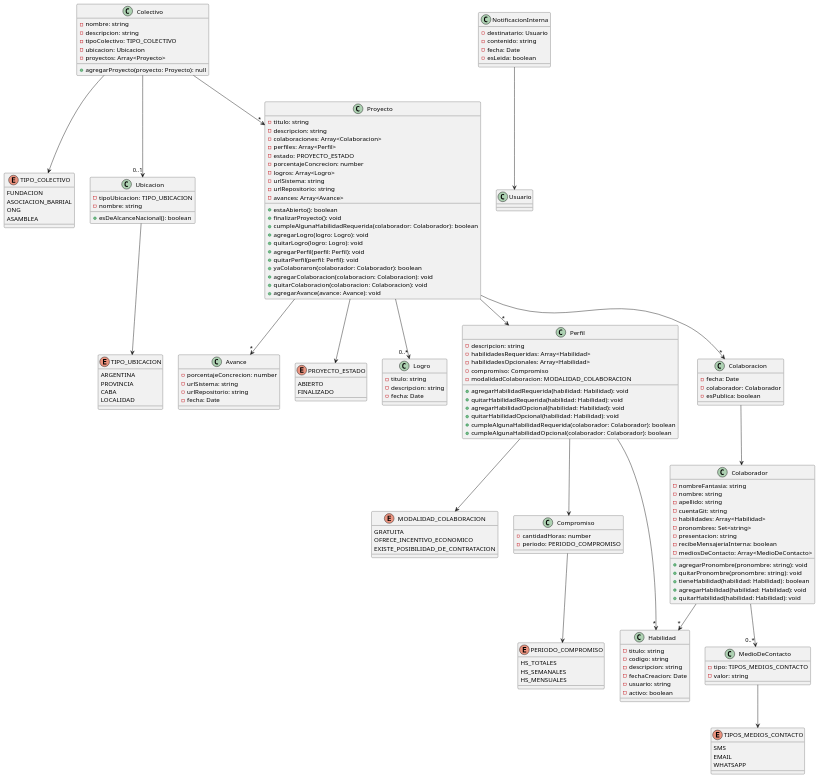
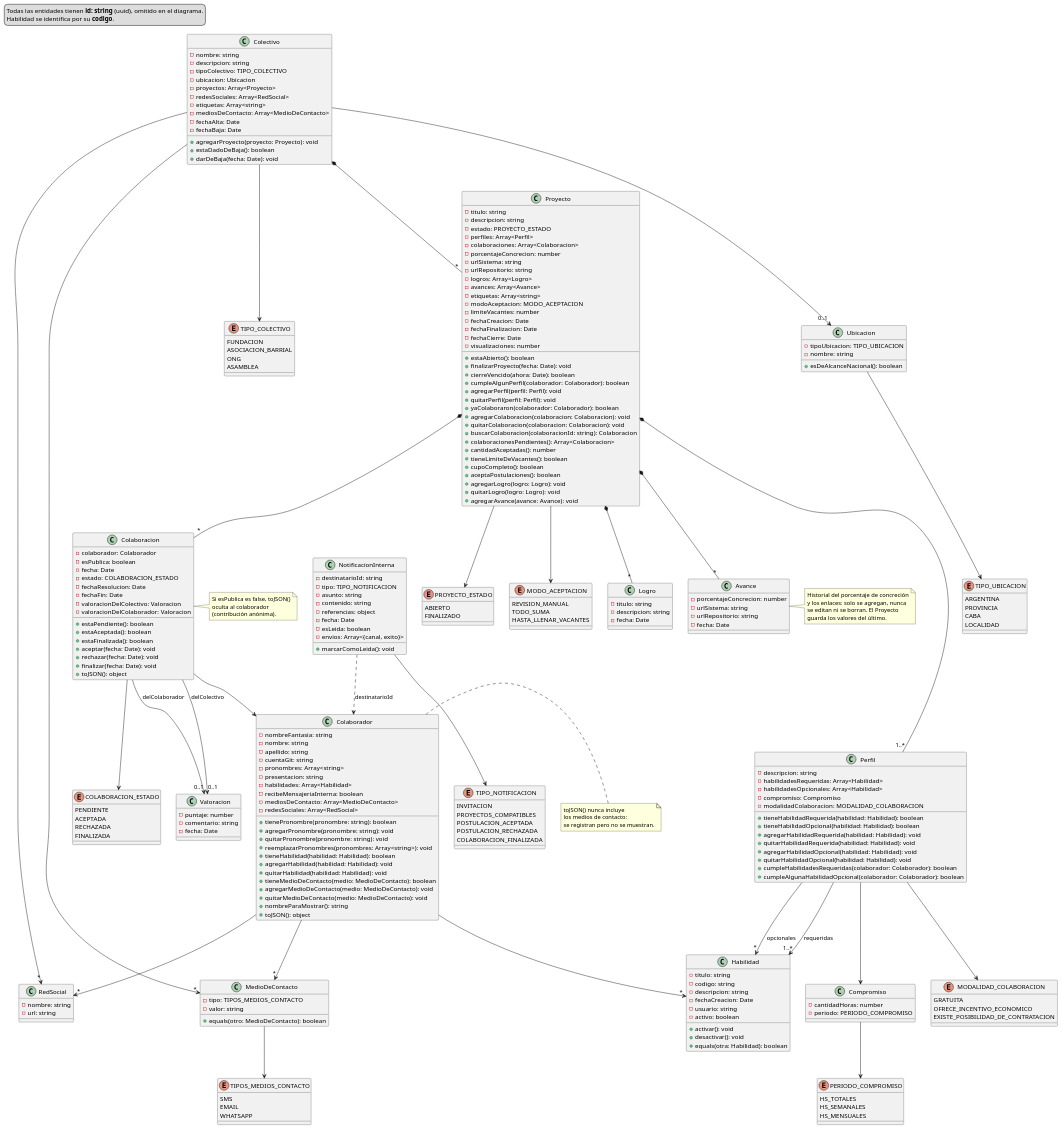
Before and after one commit to Mazzini123/tp-desarrollo-2c-2026: the diagram in diagrama_clases/diagrama_clases.puml, drawn with PlantUML. The commit also changed 1 other file, not shown here.

Commit message:
docs(diagrama): diagrama de clases de la segunda entrega
El .puml y el .png quedan al dia con el dominio:

- Colectivo: redes sociales, etiquetas, medios de contacto publicos, alta y
  baja (darDeBaja, estaDadoDeBaja).
- Proyecto: modo de aceptacion, limite de vacantes, fechas de creacion,
  finalizacion y cierre, visualizaciones, etiquetas, avances y los metodos
  de postulaciones (cupoCompleto, aceptaPostulaciones, etc.).
- Avance, Valoracion y RedSocial, que no estaban.
- Colaboracion: estado, fechas de resolucion y fin, valoraciones mutuas.
- Colaborador: redes sociales y metodos de medios de contacto.
- NotificacionInterna con sus campos reales; sale la clase Usuario, que
  todavia no existe (llega con la autenticacion de la tercera entrega).
- Enums nuevos: MODO_ACEPTACION, COLABORACION_ESTADO, TIPO_NOTIFICACION.
- Composicion (rombo lleno) de Colectivo a Proyecto y de Proyecto a sus
  partes: viven embebidas en el documento del colectivo.

El .png se regenero desde el .puml (PlantUML, layout smetana), asi que
ahora coinciden.

```diff
--- a/diagrama_clases/diagrama_clases.puml
+++ b/diagrama_clases/diagrama_clases.puml
@@ -1,4 +1,15 @@
 @startuml
+
+' Todas las entidades (Colectivo, Proyecto, Perfil, Colaboracion, Logro,
+' Avance, Colaborador, NotificacionInterna) tienen un id: string (uuid) que
+' se omite para no repetirlo en cada clase. Habilidad se identifica por su
+' codigo. Ubicacion, Compromiso, MedioDeContacto, RedSocial y Valoracion son
+' objetos de valor: no tienen id.
+
+legend top left
+  Todas las entidades tienen <b>id: string</b> (uuid), omitido en el diagrama.
+  Habilidad se identifica por su <b>codigo</b>.
+endlegend
 
 ' ───────────────────────── Colectivo y Ubicación ─────────────────────────
 
@@ -8,8 +19,15 @@
   -tipoColectivo: TIPO_COLECTIVO
   -ubicacion: Ubicacion
   -proyectos: Array<Proyecto>
+  -redesSociales: Array<RedSocial>
+  -etiquetas: Array<string>
+  -mediosDeContacto: Array<MedioDeContacto>
+  -fechaAlta: Date
+  -fechaBaja: Date
 
-  +agregarProyecto(proyecto: Proyecto): null
+  +agregarProyecto(proyecto: Proyecto): void
+  +estaDadoDeBaja(): boolean
+  +darDeBaja(fecha: Date): void
 }
 
 enum TIPO_COLECTIVO {
@@ -33,36 +51,74 @@
   LOCALIDAD
 }
 
+class RedSocial {
+  -nombre: string
+  -url: string
+}
+
 Colectivo --> TIPO_COLECTIVO
-Colectivo --> "*" Proyecto
+Colectivo *-- "*" Proyecto
 Colectivo --> "0..1" Ubicacion
+Colectivo --> "*" RedSocial
+Colectivo --> "*" MedioDeContacto
 Ubicacion --> TIPO_UBICACION
 
-' ───────────────────────── Proyecto y Compromiso ─────────────────────────
+' ───────────────────────── Proyecto, logros y avances ─────────────────────────
 
 class Proyecto {
   -titulo: string
   -descripcion: string
+  -estado: PROYECTO_ESTADO
+  -perfiles: Array<Perfil>
   -colaboraciones: Array<Colaboracion>
-  -perfiles: Array<Perfil>
-  -estado: PROYECTO_ESTADO
   -porcentajeConcrecion: number
-  -logros: Array<Logro>
   -urlSistema: string
   -urlRepositorio: string
+  -logros: Array<Logro>
   -avances: Array<Avance>
+  -etiquetas: Array<string>
+  -modoAceptacion: MODO_ACEPTACION
+  -limiteVacantes: number
+  -fechaCreacion: Date
+  -fechaFinalizacion: Date
+  -fechaCierre: Date
+  -visualizaciones: number
 
   +estaAbierto(): boolean
-  +finalizarProyecto(): void
-  +cumpleAlgunaHabilidadRequerida(colaborador: Colaborador): boolean
-  +agregarLogro(logro: Logro): void
-  +quitarLogro(logro: Logro): void
+  +finalizarProyecto(fecha: Date): void
+  +cierreVencido(ahora: Date): boolean
+  +cumpleAlgunPerfil(colaborador: Colaborador): boolean
   +agregarPerfil(perfil: Perfil): void
   +quitarPerfil(perfil: Perfil): void
   +yaColaboraron(colaborador: Colaborador): boolean
   +agregarColaboracion(colaboracion: Colaboracion): void
   +quitarColaboracion(colaboracion: Colaboracion): void
+  +buscarColaboracion(colaboracionId: string): Colaboracion
+  +colaboracionesPendientes(): Array<Colaboracion>
+  +cantidadAceptadas(): number
+  +tieneLimiteDeVacantes(): boolean
+  +cupoCompleto(): boolean
+  +aceptaPostulaciones(): boolean
+  +agregarLogro(logro: Logro): void
+  +quitarLogro(logro: Logro): void
   +agregarAvance(avance: Avance): void
+}
+
+enum PROYECTO_ESTADO {
+  ABIERTO
+  FINALIZADO
+}
+
+enum MODO_ACEPTACION {
+  REVISION_MANUAL
+  TODO_SUMA
+  HASTA_LLENAR_VACANTES
+}
+
+class Logro {
+  -titulo: string
+  -descripcion: string
+  -fecha: Date
 }
 
 class Avance {
@@ -72,24 +128,37 @@
   -fecha: Date
 }
 
-Proyecto --> "*" Avance
+note right of Avance
+  Historial del porcentaje de concreción
+  y los enlaces: solo se agregan, nunca
+  se editan ni se borran. El Proyecto
+  guarda los valores del último.
+end note
 
-enum PROYECTO_ESTADO {
-  ABIERTO
-  FINALIZADO
-}
+Proyecto --> PROYECTO_ESTADO
+Proyecto --> MODO_ACEPTACION
+Proyecto *-- "1..*" Perfil
+Proyecto *-- "*" Colaboracion
+Proyecto *-- "*" Logro
+Proyecto *-- "*" Avance
 
-enum MODALIDAD_COLABORACION {
-  GRATUITA
-  OFRECE_INCENTIVO_ECONOMICO
-  EXISTE_POSIBILIDAD_DE_CONTRATACION
-}
+' ───────────────────────── Perfil y Compromiso ─────────────────────────
 
-class Logro {
-  -titulo: string
+class Perfil {
   -descripcion: string
-  -fecha: Date
+  -habilidadesRequeridas: Array<Habilidad>
+  -habilidadesOpcionales: Array<Habilidad>
+  -compromiso: Compromiso
+  -modalidadColaboracion: MODALIDAD_COLABORACION
 
+  +tieneHabilidadRequerida(habilidad: Habilidad): boolean
+  +tieneHabilidadOpcional(habilidad: Habilidad): boolean
+  +agregarHabilidadRequerida(habilidad: Habilidad): void
+  +quitarHabilidadRequerida(habilidad: Habilidad): void
+  +agregarHabilidadOpcional(habilidad: Habilidad): void
+  +quitarHabilidadOpcional(habilidad: Habilidad): void
+  +cumpleHabilidadesRequeridas(colaborador: Colaborador): boolean
+  +cumpleAlgunaHabilidadOpcional(colaborador: Colaborador): boolean
 }
 
 class Compromiso {
@@ -103,28 +172,10 @@
   HS_MENSUALES
 }
 
-Proyecto --> PROYECTO_ESTADO
-Perfil --> Compromiso
-Perfil--> MODALIDAD_COLABORACION
-Proyecto -->"*" Perfil
-Proyecto --> "0..*" Logro
-Compromiso --> PERIODO_COMPROMISO
-
-' ───────────────────────── Habilidad y Colaboración ─────────────────────────
-
-class Perfil {
-  -descripcion: string
-  -habilidadesRequeridas: Array<Habilidad>
-  -habilidadesOpcionales: Array<Habilidad>
-  -compromiso: Compromiso
-  -modalidadColaboracion: MODALIDAD_COLABORACION
-
-  +agregarHabilidadRequerida(habilidad: Habilidad): void
-  +quitarHabilidadRequerida(habilidad: Habilidad): void
-  +agregarHabilidadOpcional(habilidad: Habilidad): void
-  +quitarHabilidadOpcional(habilidad: Habilidad): void
-  +cumpleAlgunaHabilidadRequerida(colaborador: Colaborador): boolean
-  +cumpleAlgunaHabilidadOpcional(colaborador: Colaborador): boolean
+enum MODALIDAD_COLABORACION {
+  GRATUITA
+  OFRECE_INCENTIVO_ECONOMICO
+  EXISTE_POSIBILIDAD_DE_CONTRATACION
 }
 
 class Habilidad {
@@ -134,62 +185,139 @@
   -fechaCreacion: Date
   -usuario: string
   -activo: boolean
+
+  +activar(): void
+  +desactivar(): void
+  +equals(otra: Habilidad): boolean
 }
 
+Perfil --> Compromiso
+Perfil --> MODALIDAD_COLABORACION
+Perfil --> "1..*" Habilidad : requeridas
+Perfil --> "*" Habilidad : opcionales
+Compromiso --> PERIODO_COMPROMISO
+
+' ───────────────────────── Colaboración y valoraciones ─────────────────────────
+
 class Colaboracion {
-  -fecha: Date
   -colaborador: Colaborador
   -esPublica: boolean
+  -fecha: Date
+  -estado: COLABORACION_ESTADO
+  -fechaResolucion: Date
+  -fechaFin: Date
+  -valoracionDelColectivo: Valoracion
+  -valoracionDelColaborador: Valoracion
+
+  +estaPendiente(): boolean
+  +estaAceptada(): boolean
+  +estaFinalizada(): boolean
+  +aceptar(fecha: Date): void
+  +rechazar(fecha: Date): void
+  +finalizar(fecha: Date): void
+  +toJSON(): object
 }
+
+note right of Colaboracion
+  Si esPublica es false, toJSON()
+  oculta al colaborador
+  (contribución anónima).
+end note
+
+enum COLABORACION_ESTADO {
+  PENDIENTE
+  ACEPTADA
+  RECHAZADA
+  FINALIZADA
+}
+
+class Valoracion {
+  -puntaje: number
+  -comentario: string
+  -fecha: Date
+}
+
+Colaboracion --> Colaborador
+Colaboracion --> COLABORACION_ESTADO
+Colaboracion --> "0..1" Valoracion : delColectivo
+Colaboracion --> "0..1" Valoracion : delColaborador
+
+' ───────────────────────── Colaborador y contacto ─────────────────────────
 
 class Colaborador {
   -nombreFantasia: string
   -nombre: string
   -apellido: string
   -cuentaGit: string
+  -pronombres: Array<string>
+  -presentacion: string
   -habilidades: Array<Habilidad>
-  -pronombres: Set<string>
-  -presentacion: string
   -recibeMensajeriaInterna: boolean
   -mediosDeContacto: Array<MedioDeContacto>
+  -redesSociales: Array<RedSocial>
 
+  +tienePronombre(pronombre: string): boolean
   +agregarPronombre(pronombre: string): void
   +quitarPronombre(pronombre: string): void
+  +reemplazarPronombres(pronombres: Array<string>): void
   +tieneHabilidad(habilidad: Habilidad): boolean
   +agregarHabilidad(habilidad: Habilidad): void
   +quitarHabilidad(habilidad: Habilidad): void
+  +tieneMedioDeContacto(medio: MedioDeContacto): boolean
+  +agregarMedioDeContacto(medio: MedioDeContacto): void
+  +quitarMedioDeContacto(medio: MedioDeContacto): void
+  +nombreParaMostrar(): string
+  +toJSON(): object
 }
 
-Perfil --> "*" Habilidad
-Proyecto --> "*" Colaboracion
-Colaboracion --> Colaborador
-Colaborador --> "*" Habilidad
-Colaborador --> "0..*" MedioDeContacto
+note right of Colaborador
+  toJSON() nunca incluye
+  los medios de contacto:
+  se registran pero no se muestran.
+end note
 
 class MedioDeContacto {
-    -tipo: TIPOS_MEDIOS_CONTACTO
-    -valor: string
+  -tipo: TIPOS_MEDIOS_CONTACTO
+  -valor: string
+
+  +equals(otro: MedioDeContacto): boolean
 }
 
 enum TIPOS_MEDIOS_CONTACTO {
-    SMS
-    EMAIL
-    WHATSAPP
+  SMS
+  EMAIL
+  WHATSAPP
 }
 
+Colaborador --> "*" Habilidad
+Colaborador --> "*" MedioDeContacto
+Colaborador --> "*" RedSocial
 MedioDeContacto --> TIPOS_MEDIOS_CONTACTO
 
+' ───────────────────────── Notificaciones ─────────────────────────
+
 class NotificacionInterna {
-  -destinatario: Usuario
+  -destinatarioId: string
+  -tipo: TIPO_NOTIFICACION
+  -asunto: string
   -contenido: string
+  -referencias: object
   -fecha: Date
   -esLeida: boolean
+  -envios: Array<{canal, exito}>
+
+  +marcarComoLeida(): void
 }
 
-class Usuario {
-
+enum TIPO_NOTIFICACION {
+  INVITACION
+  PROYECTOS_COMPATIBLES
+  POSTULACION_ACEPTADA
+  POSTULACION_RECHAZADA
+  COLABORACION_FINALIZADA
 }
 
-NotificacionInterna --> Usuario
+NotificacionInterna --> TIPO_NOTIFICACION
+NotificacionInterna ..> Colaborador : destinatarioId
 
 @enduml
```
